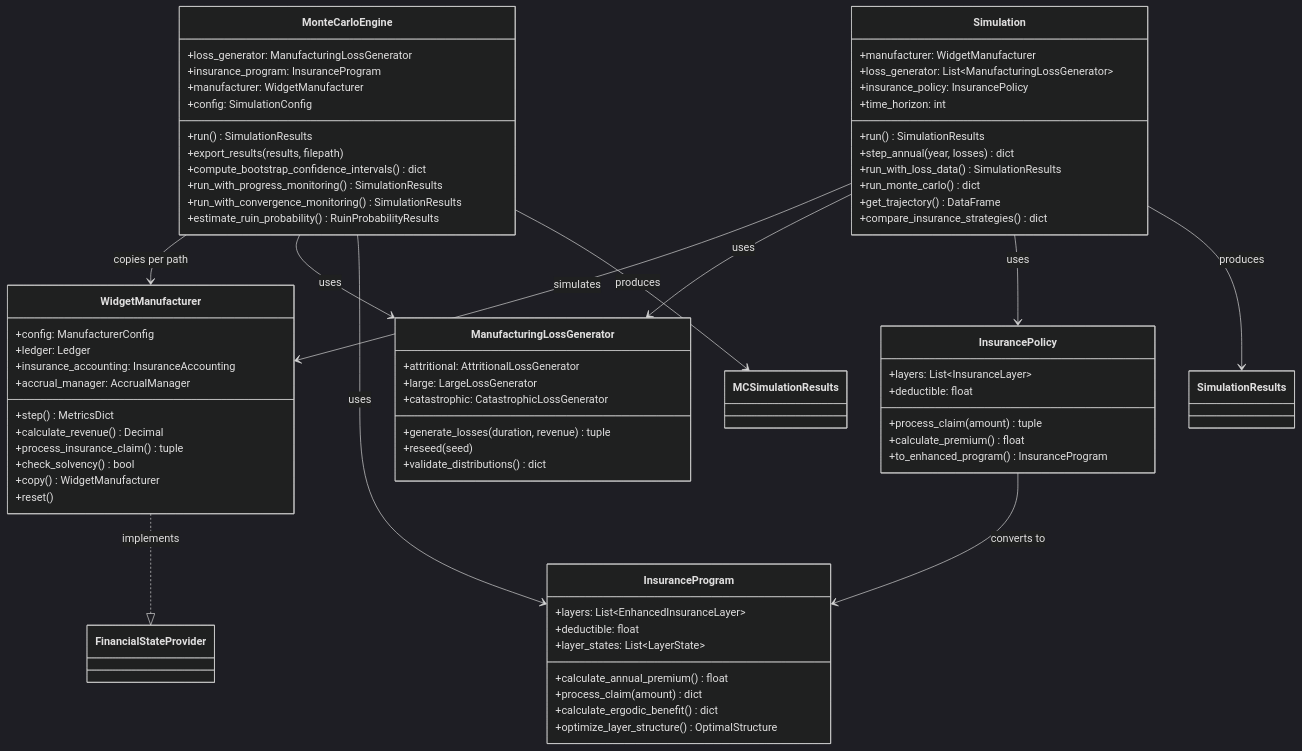
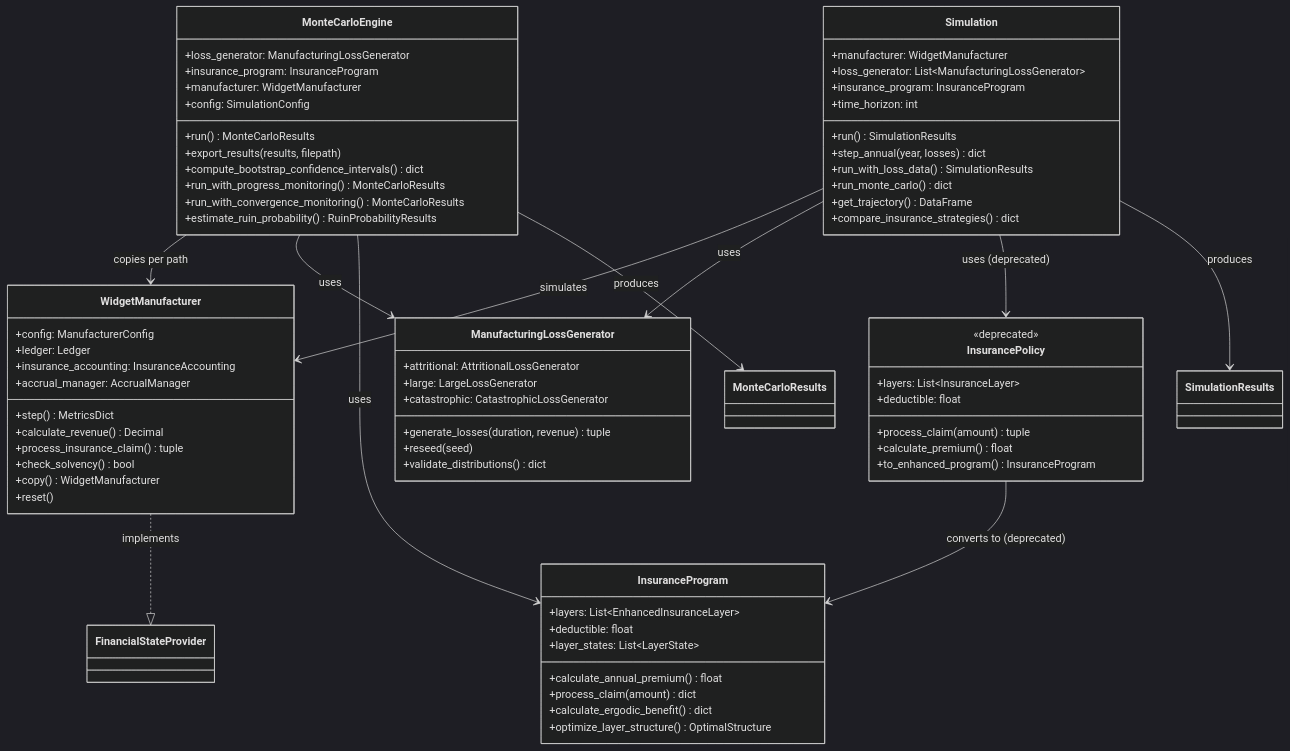
Before and after one commit to AlexFiliakov/Ergodic-Insurance-Limits: the first of 6 diagrams in ergodic_insurance/docs/architecture/class_diagrams/core_classes.md, drawn with Mermaid (dark theme). The commit also changed other lines of this file and 105 other files, not shown here.

First line of the commit message:
feat!: API cleanup — rename SimulationResults, deprecate InsurancePolicy, and fix validation (#579)

````diff
--- a/ergodic_insurance/docs/architecture/class_diagrams/core_classes.md
+++ b/ergodic_insurance/docs/architecture/class_diagrams/core_classes.md
@@ -14,7 +14,7 @@
     class Simulation {
         +manufacturer: WidgetManufacturer
         +loss_generator: List~ManufacturingLossGenerator~
-        +insurance_policy: InsurancePolicy
+        +insurance_program: InsuranceProgram
         +time_horizon: int
         +run() SimulationResults
         +step_annual(year, losses) dict
@@ -29,11 +29,11 @@
         +insurance_program: InsuranceProgram
         +manufacturer: WidgetManufacturer
         +config: SimulationConfig
-        +run() SimulationResults
+        +run() MonteCarloResults
         +export_results(results, filepath)
         +compute_bootstrap_confidence_intervals() dict
-        +run_with_progress_monitoring() SimulationResults
-        +run_with_convergence_monitoring() SimulationResults
+        +run_with_progress_monitoring() MonteCarloResults
+        +run_with_convergence_monitoring() MonteCarloResults
         +estimate_ruin_probability() RuinProbabilityResults
     }
 
@@ -61,6 +61,7 @@
     }
 
     class InsurancePolicy {
+        <<deprecated>>
         +layers: List~InsuranceLayer~
         +deductible: float
         +process_claim(amount) tuple
@@ -79,15 +80,15 @@
 
     Simulation --> WidgetManufacturer : simulates
     Simulation --> ManufacturingLossGenerator : uses
-    Simulation --> InsurancePolicy : uses
+    Simulation --> InsurancePolicy : uses (deprecated)
     Simulation --> SimulationResults : produces
 
     MonteCarloEngine --> WidgetManufacturer : copies per path
     MonteCarloEngine --> ManufacturingLossGenerator : uses
     MonteCarloEngine --> InsuranceProgram : uses
-    MonteCarloEngine --> MCSimulationResults : produces
+    MonteCarloEngine --> MonteCarloResults : produces
 
-    InsurancePolicy --> InsuranceProgram : converts to
+    InsurancePolicy --> InsuranceProgram : converts to (deprecated)
 
     WidgetManufacturer ..|> FinancialStateProvider : implements
 ```
````
